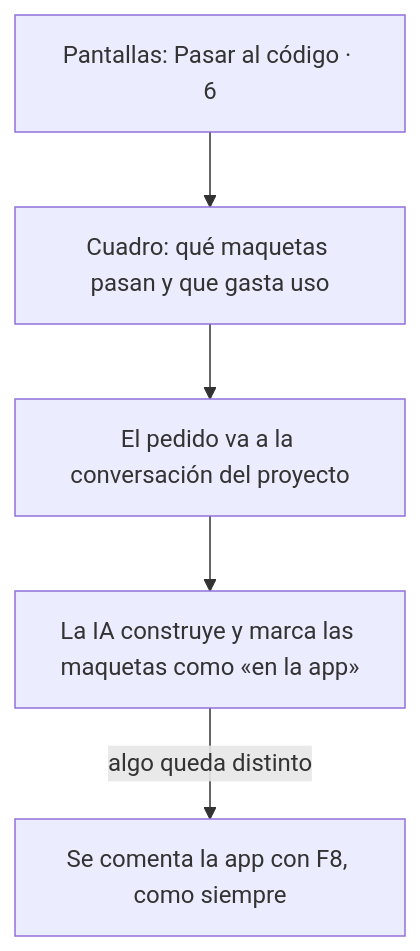
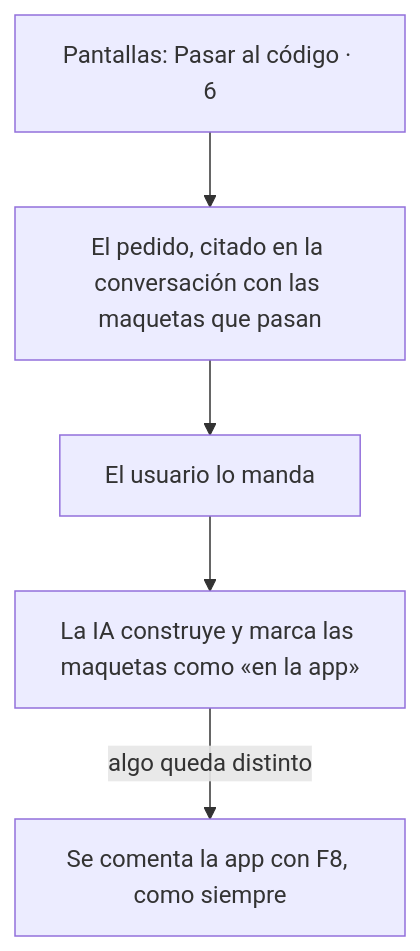
Before and after one commit to LlanosLautaro/Iridium: the third of 3 diagrams in docs/modulos/diseno/ux.md, drawn with Mermaid. The commit also changed other lines of this file and 31 other files, not shown here.

````diff
--- a/docs/modulos/diseno/ux.md
+++ b/docs/modulos/diseno/ux.md
@@ -163,6 +163,6 @@
 ```mermaid
 flowchart TD
-  A[Pantallas: Pasar al código · 6] --> B[Cuadro: qué maquetas pasan y que gasta uso] --> C[El pedido va a la conversación del proyecto]
+  A[Pantallas: Pasar al código · 6] --> B[El pedido, citado en la conversación con las maquetas que pasan] --> C[El usuario lo manda]
   C --> D[La IA construye y marca las maquetas como «en la app»]
   D -- algo queda distinto --> E[Se comenta la app con F8, como siempre]
 ```
````
